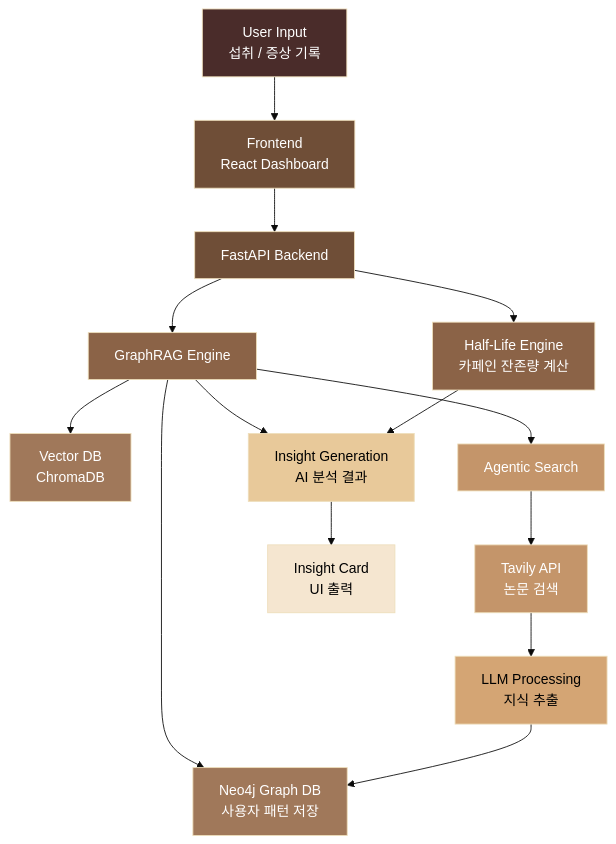
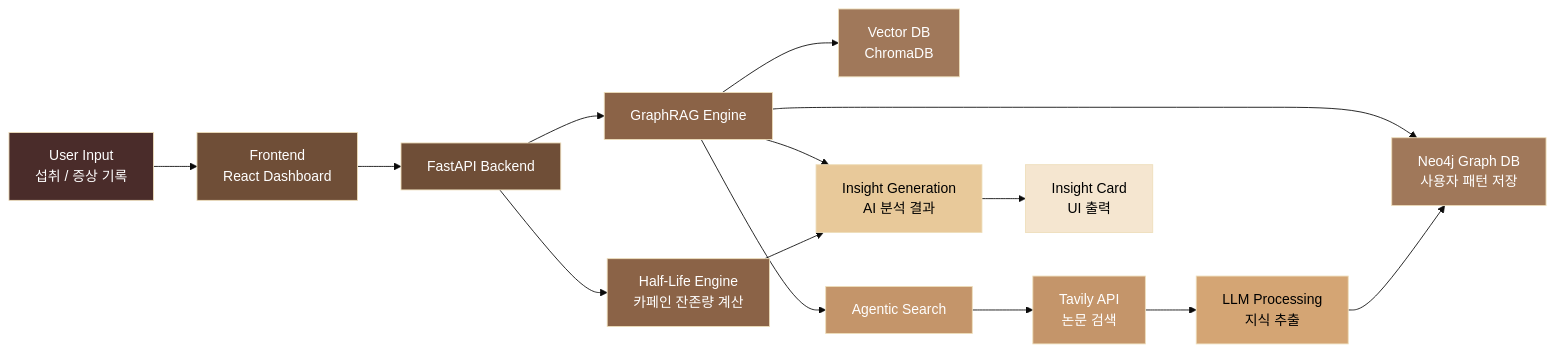
Before and after one commit to hoilycat/cof-fee-v2: the diagram in README.md, drawn with Mermaid (base theme). The commit also changed other lines of this file, not shown here.

````diff
--- a/README.md
+++ b/README.md
@@ -50,29 +34,30 @@
 ```mermaid
-graph TD
+graph LR
+
 A[User Input<br/>섭취 / 증상 기록] --> B[Frontend<br/>React Dashboard]
 B --> C[FastAPI Backend]
 C --> D[Half-Life Engine<br/>카페인 잔존량 계산]
 C --> E[GraphRAG Engine]
 E --> F[Neo4j Graph DB<br/>사용자 패턴 저장]
 E --> G[Vector DB<br/>ChromaDB]
 E --> H[Agentic Search]
 H --> I[Tavily API<br/>논문 검색]
 I --> J[LLM Processing<br/>지식 추출]
 J --> F
 E --> K[Insight Generation<br/>AI 분석 결과]
 D --> K
 K --> L[Insight Card<br/>UI 출력]
- 
+
 style A fill:#4A2C2A,color:#fff
 style B fill:#6F4E37,color:#fff
 style C fill:#6F4E37,color:#fff
 style D fill:#8B6347,color:#fff
 style E fill:#8B6347,color:#fff
 style F fill:#A0785A,color:#fff
 style G fill:#A0785A,color:#fff
 style H fill:#C4956A,color:#fff
 style I fill:#C4956A,color:#fff
 style J fill:#D4A574,color:#000
 style K fill:#E8C99A,color:#000
 style L fill:#F5E6D0,color:#000
 ```
````
